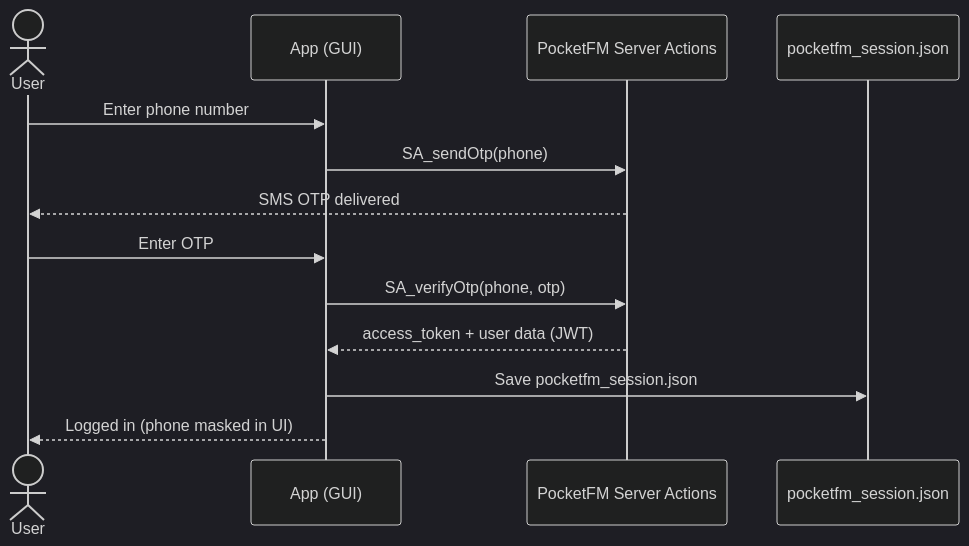
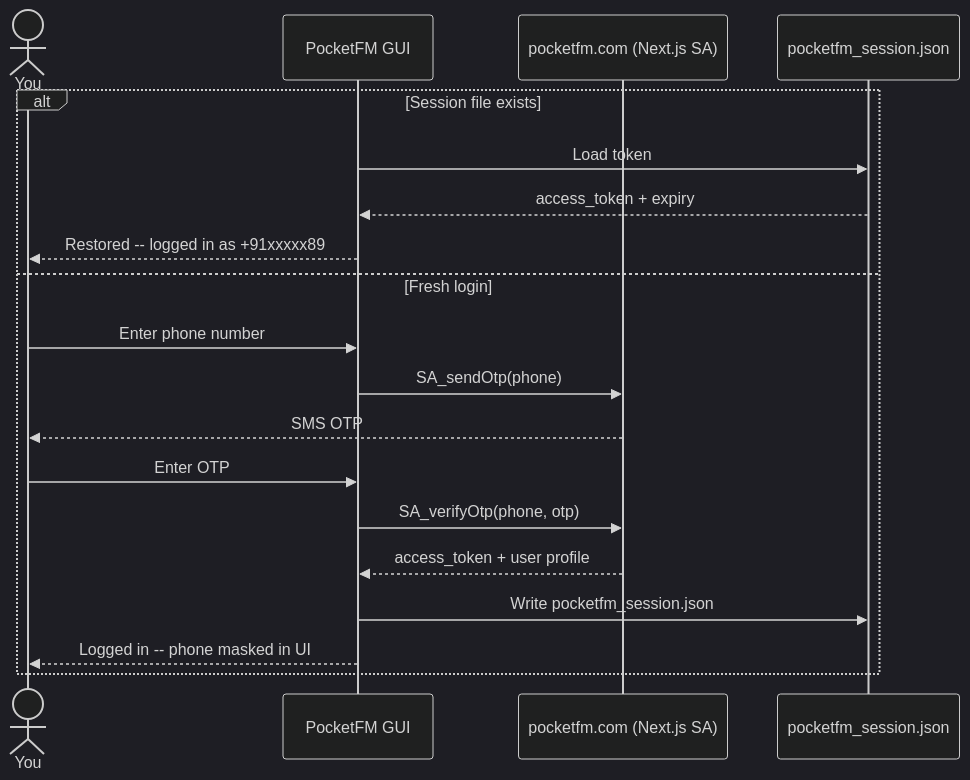
One commit to arvind88765/pocketfm_downloader changed the first of 4 diagrams in README.md. Above: the diagram before and after it, drawn with Mermaid (dark theme). The commit also changed other lines of this file, not shown here.

````diff
--- a/README.md
+++ b/README.md
@@ -127,16 +128,22 @@
 ```mermaid
 sequenceDiagram
-    actor User
-    participant App as App (GUI)
-    participant SA as PocketFM Server Actions
+    actor You
+    participant GUI as PocketFM GUI
+    participant API as pocketfm.com (Next.js SA)
     participant Disk as pocketfm_session.json
 
-    User->>App: Enter phone number
-    App->>SA: SA_sendOtp(phone)
-    SA-->>User: SMS OTP delivered
-    User->>App: Enter OTP
-    App->>SA: SA_verifyOtp(phone, otp)
-    SA-->>App: access_token + user data (JWT)
-    App->>Disk: Save pocketfm_session.json
-    App-->>User: Logged in (phone masked in UI)
+    alt Session file exists
+        GUI->>Disk: Load token
+        Disk-->>GUI: access_token + expiry
+        GUI-->>You: Restored -- logged in as +91xxxxx89
+    else Fresh login
+        You->>GUI: Enter phone number
+        GUI->>API: SA_sendOtp(phone)
+        API-->>You: SMS OTP
+        You->>GUI: Enter OTP
+        GUI->>API: SA_verifyOtp(phone, otp)
+        API-->>GUI: access_token + user profile
+        GUI->>Disk: Write pocketfm_session.json
+        GUI-->>You: Logged in -- phone masked in UI
+    end
 ```
````
